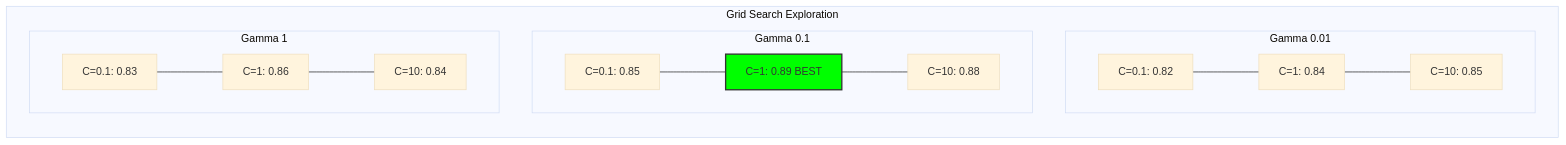
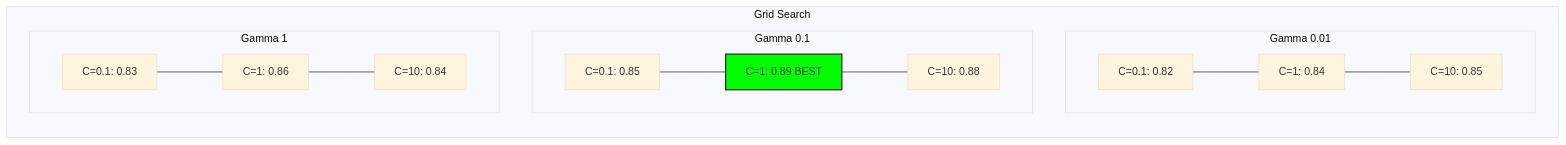
Before and after one commit to antonprafanto/dasarAI2026: the second of 11 diagrams in bab-09-evaluasi.md, drawn with Mermaid (base theme). The commit also changed other lines of this file, not shown here.

Commit message:
Fix: Shorten Mermaid subgraph titles to prevent text overlap

````diff
--- a/bab-09-evaluasi.md
+++ b/bab-09-evaluasi.md
@@ -151,19 +151,19 @@
 ```mermaid
 graph TD
-    subgraph Grid_Search [Grid Search Exploration]
+    subgraph Grid_Search [Grid Search]
         direction TB
         subgraph G1 [Gamma 0.01]
             direction LR
             C1_1[C=0.1: 0.82] --- C1_2[C=1: 0.84] --- C1_3[C=10: 0.85]
         end
         subgraph G2 [Gamma 0.1]
             direction LR
             C2_1[C=0.1: 0.85] --- C2_2[C=1: 0.89 BEST]:::best --- C2_3[C=10: 0.88]
         end
         subgraph G3 [Gamma 1]
             direction LR
             C3_1[C=0.1: 0.83] --- C3_2[C=1: 0.86] --- C3_3[C=10: 0.84]
         end
     end
     classDef best fill:#0f0,stroke:#333,stroke-width:2px;
 ```
````
